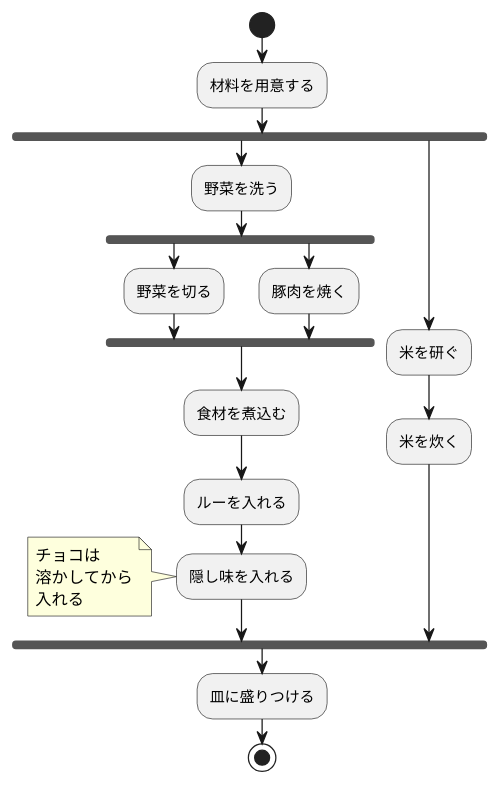
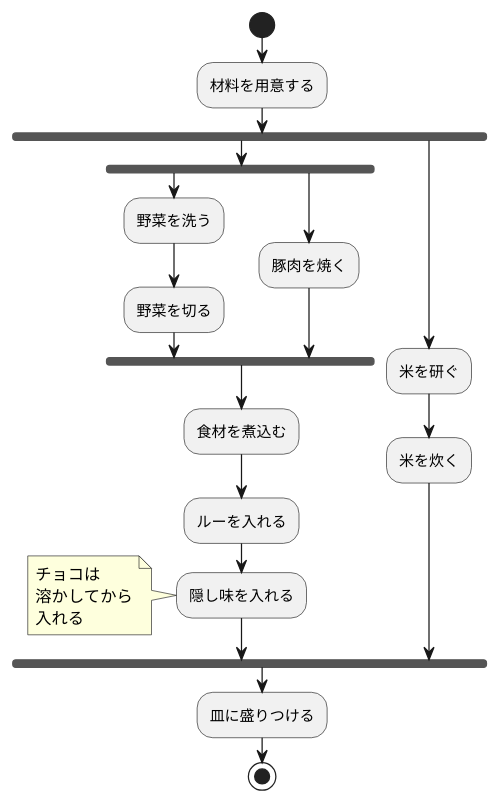
Before and after one commit to Aishin12/uml_introduction: the diagram in 7章練習_ACカレーライス.pu, drawn with PlantUML. The commit also changed other lines of this file, not shown here.

```diff
--- a/7章練習_ACカレーライス.pu
+++ b/7章練習_ACカレーライス.pu
@@ -1,25 +1,25 @@
 @startuml カレーライス
 start
 :材料を用意する;
 fork
+fork 
 :野菜を洗う;
-fork 
 :野菜を切る;
 fork again
 :豚肉を焼く;
 end fork
 :食材を煮込む;
 :ルーを入れる;
 :隠し味を入れる;
 note left
 チョコは
 溶かしてから
 入れる
 end note
 fork again
 :米を研ぐ;
 :米を炊く;
 end fork
 :皿に盛りつける;
 stop
 @enduml
```
